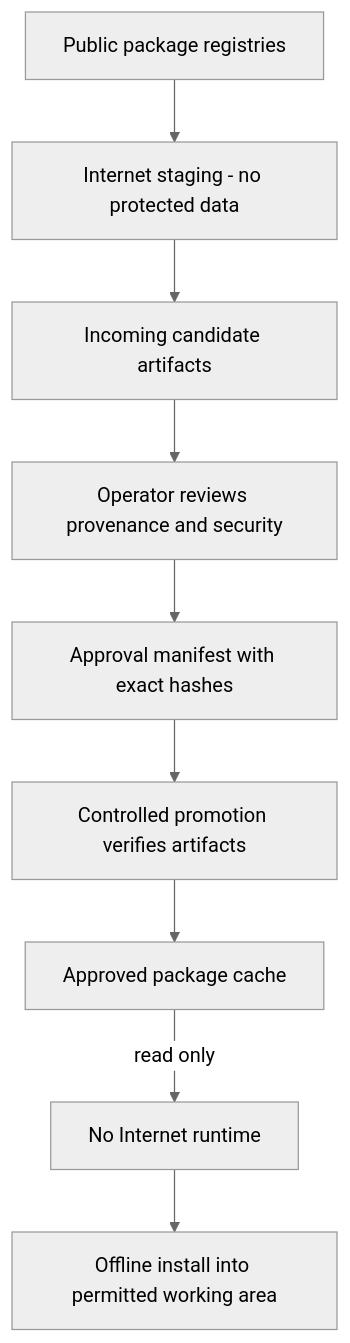
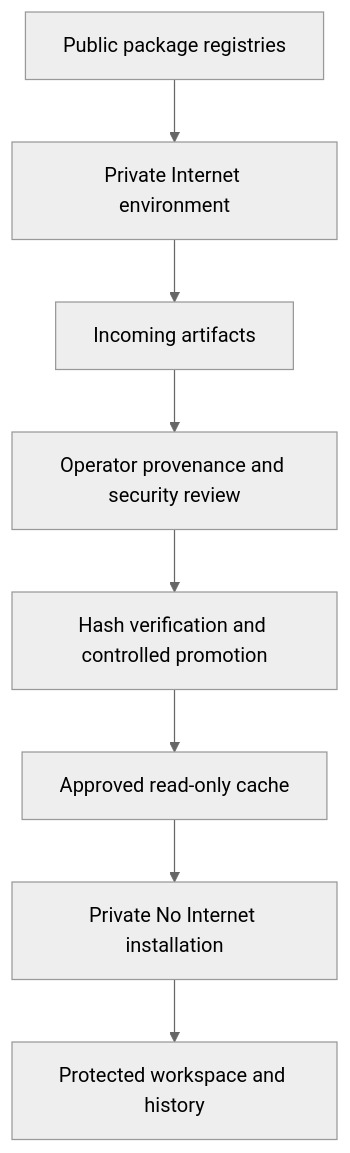
Before and after one commit to skunpoj/dsh_setup: the third of 3 diagrams in docs/DSH_RDT_PILOT_SECURITY_CONTROL_ASSESSMENT.md, drawn with Mermaid (neutral theme). The commit also changed other lines of this file and 41 other files, not shown here.

````diff
--- a/docs/DSH_RDT_PILOT_SECURITY_CONTROL_ASSESSMENT.md
+++ b/docs/DSH_RDT_PILOT_SECURITY_CONTROL_ASSESSMENT.md
@@ -148,11 +108,10 @@
 ```mermaid
 flowchart TB
- P[Public package registries] --> I[Internet staging - no protected data]
- I --> IN[Incoming candidate artifacts]
- IN --> R[Operator reviews provenance and security]
- R --> H[Approval manifest with exact hashes]
- H --> J[Controlled promotion verifies artifacts]
- J --> C[Approved package cache]
- C -->|read only| S[No Internet runtime]
- S --> O[Offline install into permitted working area]
+ R[Public package registries] --> I[Private Internet environment]
+ I --> N[Incoming artifacts]
+ N --> V[Operator provenance and security review]
+ V --> H[Hash verification and controlled promotion]
+ H --> A[Approved read-only cache]
+ A --> S[Private No Internet installation]
+ S --> W[Protected workspace and history]
 ```
````
